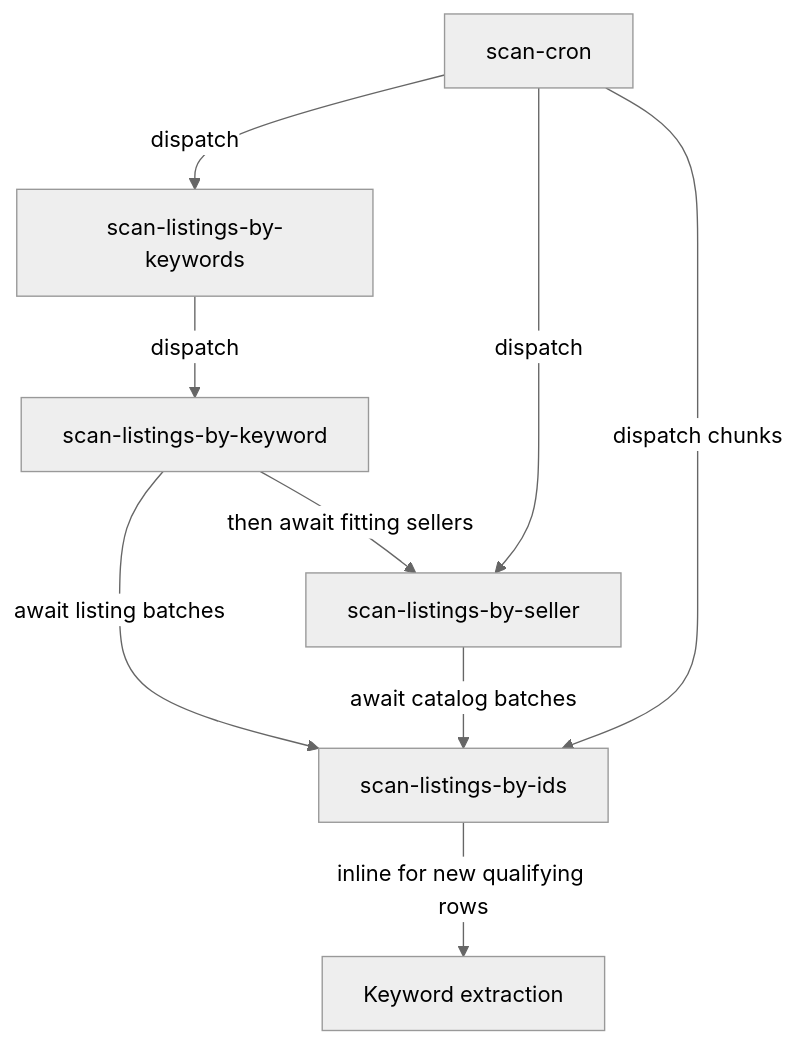
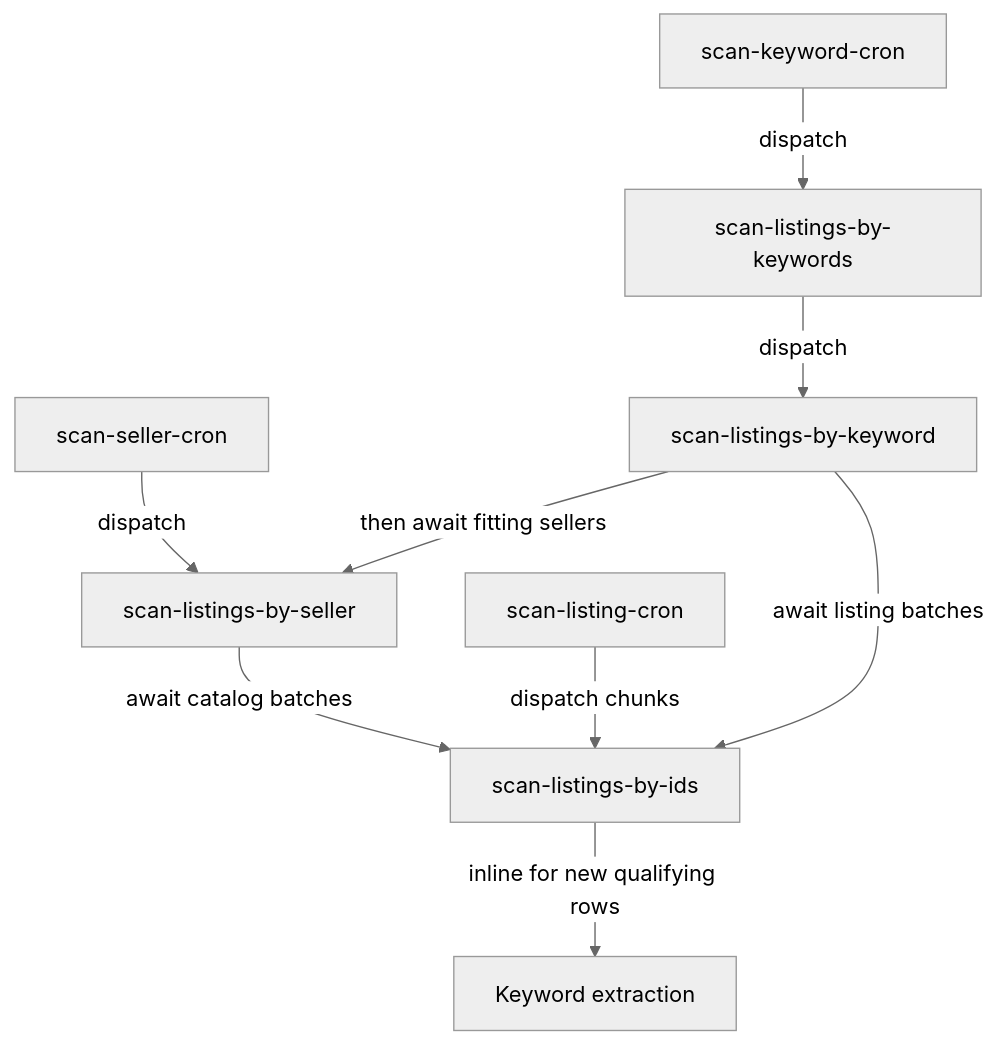
One commit to sparkyidea/sellerhunt changed the diagram in apps/trigger-scan/docs/scan-architecture.md. Above: the diagram before and after it, drawn with Mermaid (neutral theme). The commit also changed other lines of this file and 11 other files, not shown here.

First line of the commit message:
Split scan cron into per-entity crons

````diff
--- a/apps/trigger-scan/docs/scan-architecture.md
+++ b/apps/trigger-scan/docs/scan-architecture.md
@@ -10,11 +10,11 @@
 ```mermaid
 flowchart TD
-  Cron[scan-cron] -->|dispatch| Bulk[scan-listings-by-keywords]
-  Cron -->|dispatch| Seller[scan-listings-by-seller]
-  Cron -->|dispatch chunks| Leaf[scan-listings-by-ids]
+  KeywordCron[scan-keyword-cron] -->|dispatch| Bulk[scan-listings-by-keywords]
+  SellerCron[scan-seller-cron] -->|dispatch| Seller[scan-listings-by-seller]
+  ListingCron[scan-listing-cron] -->|dispatch chunks| Leaf[scan-listings-by-ids]
   Bulk -->|dispatch| Keyword[scan-listings-by-keyword]
   Keyword -->|await listing batches| Leaf
   Keyword -->|then await fitting sellers| Seller
   Seller -->|await catalog batches| Leaf
   Leaf -->|inline for new qualifying rows| LLM[Keyword extraction]
 ```
````
